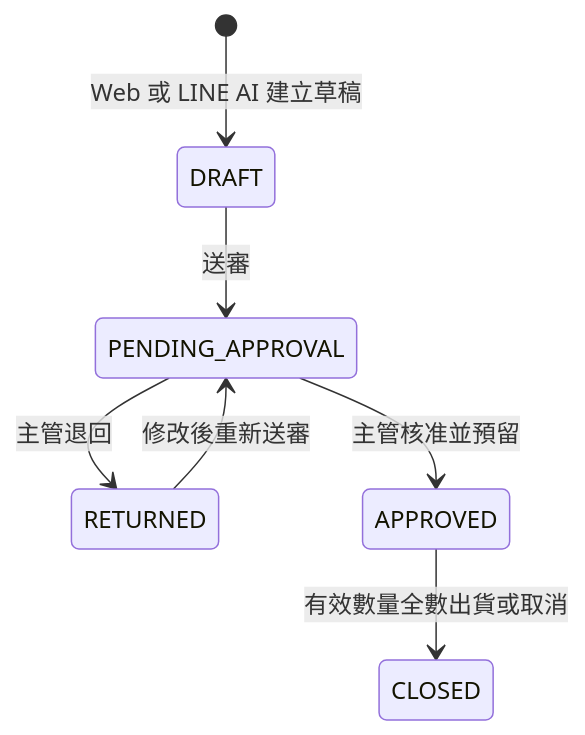
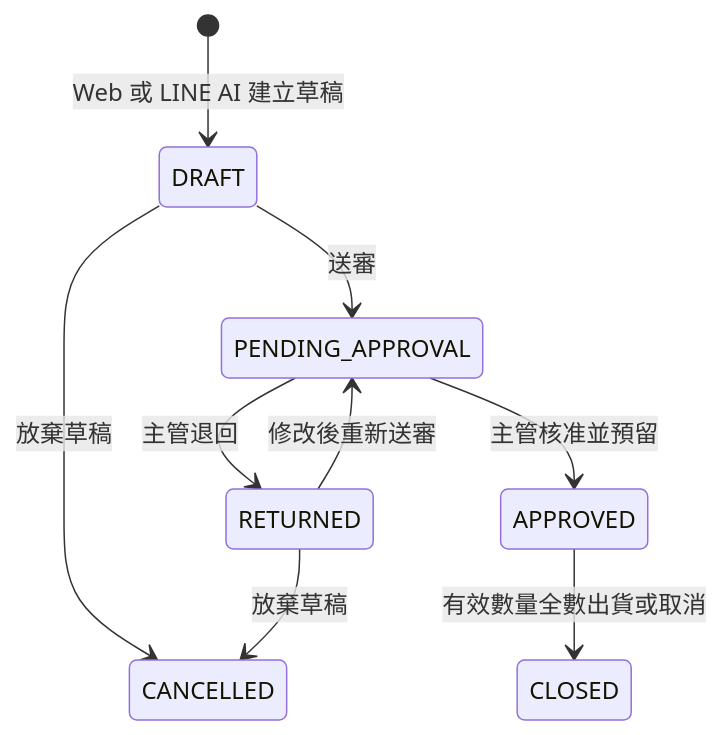
One commit to fizz123123/smart-distribution-ops changed the third of 8 diagrams in docs/11-state-transitions-and-operations.md. Above: the diagram before and after it, drawn with Mermaid. The commit also changed other lines of this file and 7 other files, not shown here.

````diff
--- a/docs/11-state-transitions-and-operations.md
+++ b/docs/11-state-transitions-and-operations.md
@@ -113,9 +113,11 @@
 ```mermaid
 stateDiagram-v2
     [*] --> DRAFT: Web 或 LINE AI 建立草稿
     DRAFT --> PENDING_APPROVAL: 送審
     RETURNED --> PENDING_APPROVAL: 修改後重新送審
     PENDING_APPROVAL --> RETURNED: 主管退回
     PENDING_APPROVAL --> APPROVED: 主管核准並預留
+    DRAFT --> CANCELLED: 放棄草稿
+    RETURNED --> CANCELLED: 放棄草稿
     APPROVED --> CLOSED: 有效數量全數出貨或取消
 ```
````
